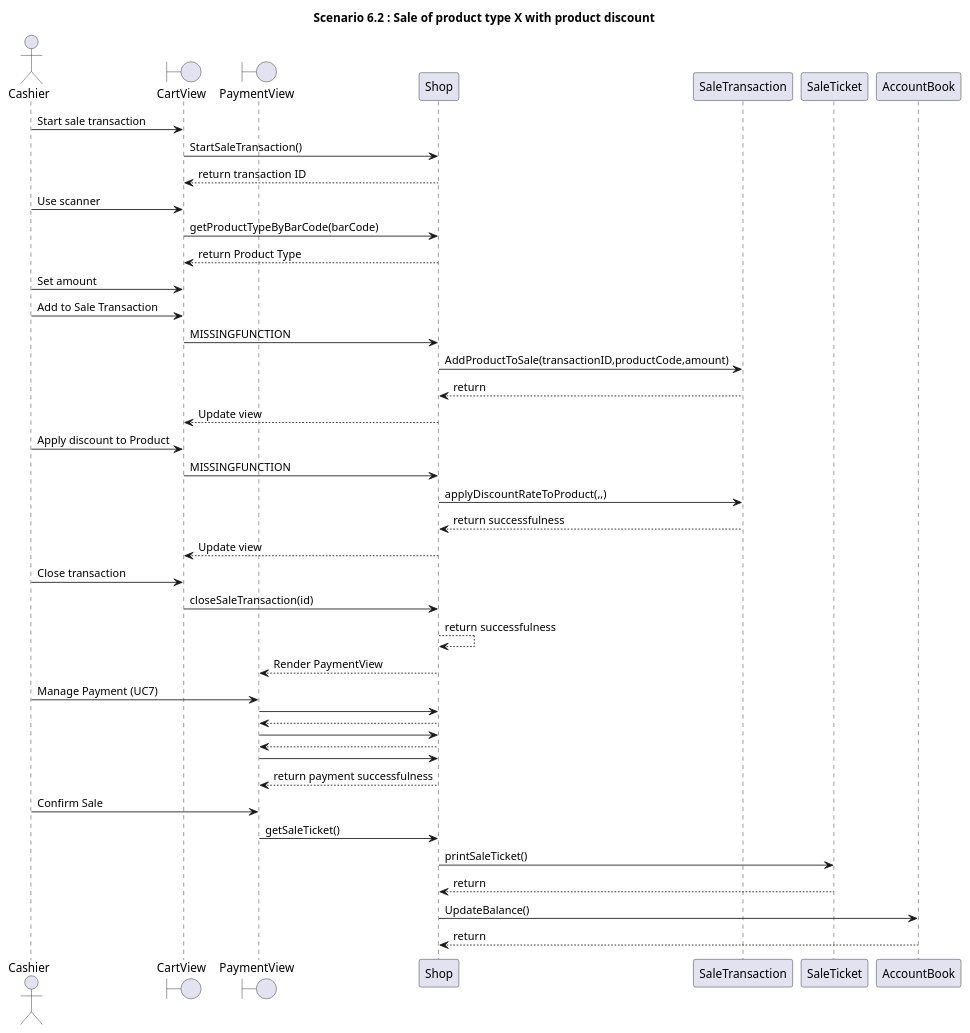
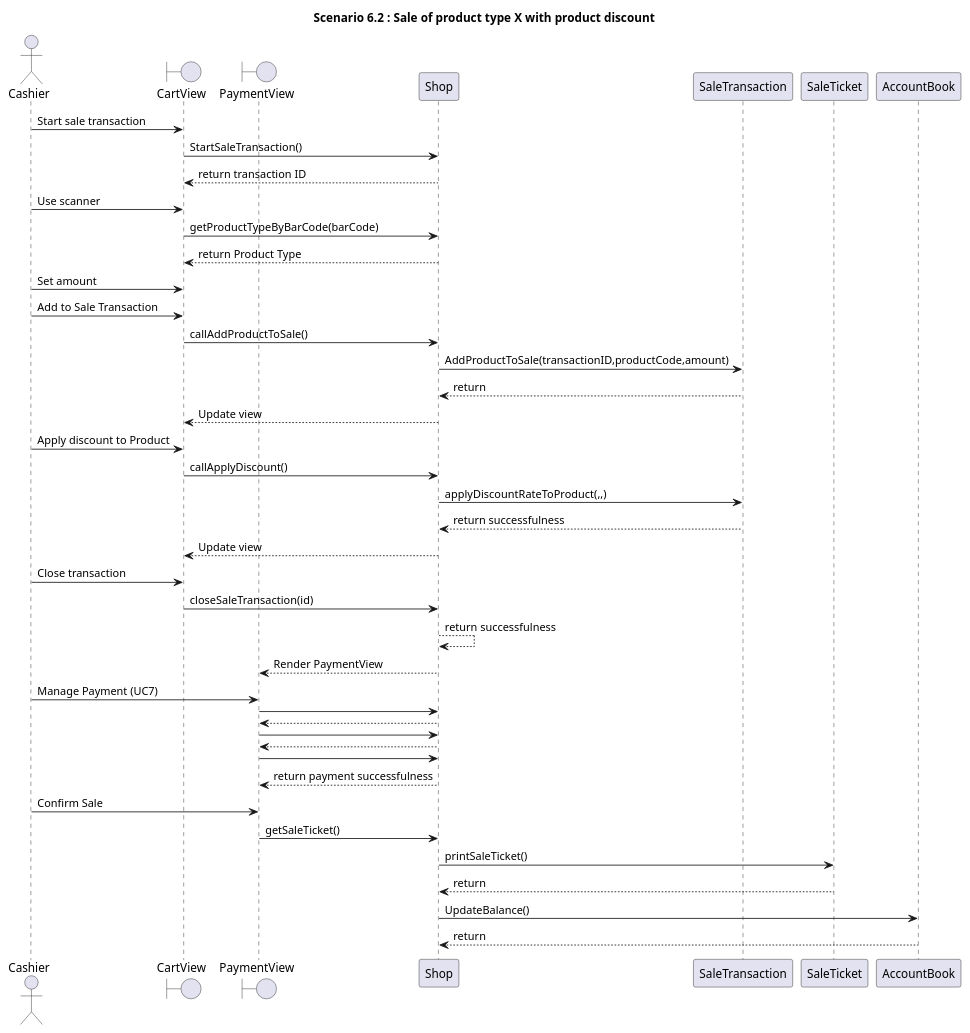
Before and after one commit to zitabou/EZShop: diagram 18 of 31 in Deliverables/DesignDocument.md, drawn with PlantUML. The commit also changed other lines of this file, not shown here.

Commit message:
Adding missing functions for seq diagrams 6.x 7.x

````diff
--- a/Deliverables/DesignDocument.md
+++ b/Deliverables/DesignDocument.md
@@ -597,47 +604,47 @@
 ```plantuml
 
 title
 **Scenario 6.2** : Sale of product type X with product discount
 end title
 
 actor Cashier
 Boundary CartView
 boundary PaymentView
 Cashier -> CartView: Start sale transaction
 CartView -> Shop: StartSaleTransaction()
 Shop --> CartView: return transaction ID
 Cashier -> CartView: Use scanner
 CartView ->  Shop: getProductTypeByBarCode(barCode) 
 Shop --> CartView: return Product Type
 
 Cashier -> CartView: Set amount
 Cashier -> CartView: Add to Sale Transaction
-CartView -> Shop: MISSINGFUNCTION
+CartView -> Shop: callAddProductToSale()
 Shop -> SaleTransaction: AddProductToSale(transactionID,productCode,amount)
 SaleTransaction --> Shop: return
 Shop --> CartView: Update view
 
 Cashier -> CartView: Apply discount to Product
-CartView -> Shop: MISSINGFUNCTION
+CartView -> Shop: callApplyDiscount()
 Shop -> SaleTransaction: applyDiscountRateToProduct(,,)
 SaleTransaction --> Shop: return successfulness
 Shop --> CartView: Update view
 
 Cashier -> CartView: Close transaction
 CartView -> Shop: closeSaleTransaction(id)
 Shop --> Shop: return successfulness
 Shop --> PaymentView: Render PaymentView
 Cashier -> PaymentView: Manage Payment (UC7)
 PaymentView -> Shop :
 Shop --> PaymentView :
 PaymentView -> Shop :
 Shop --> PaymentView :
 PaymentView -> Shop :
 Shop --> PaymentView : return payment successfulness
 Cashier -> PaymentView: Confirm Sale
 PaymentView -> Shop: getSaleTicket()
 Shop -> SaleTicket: printSaleTicket()
 SaleTicket --> Shop: return
 Shop -> AccountBook: UpdateBalance()
 AccountBook --> Shop: return
 ```
````
